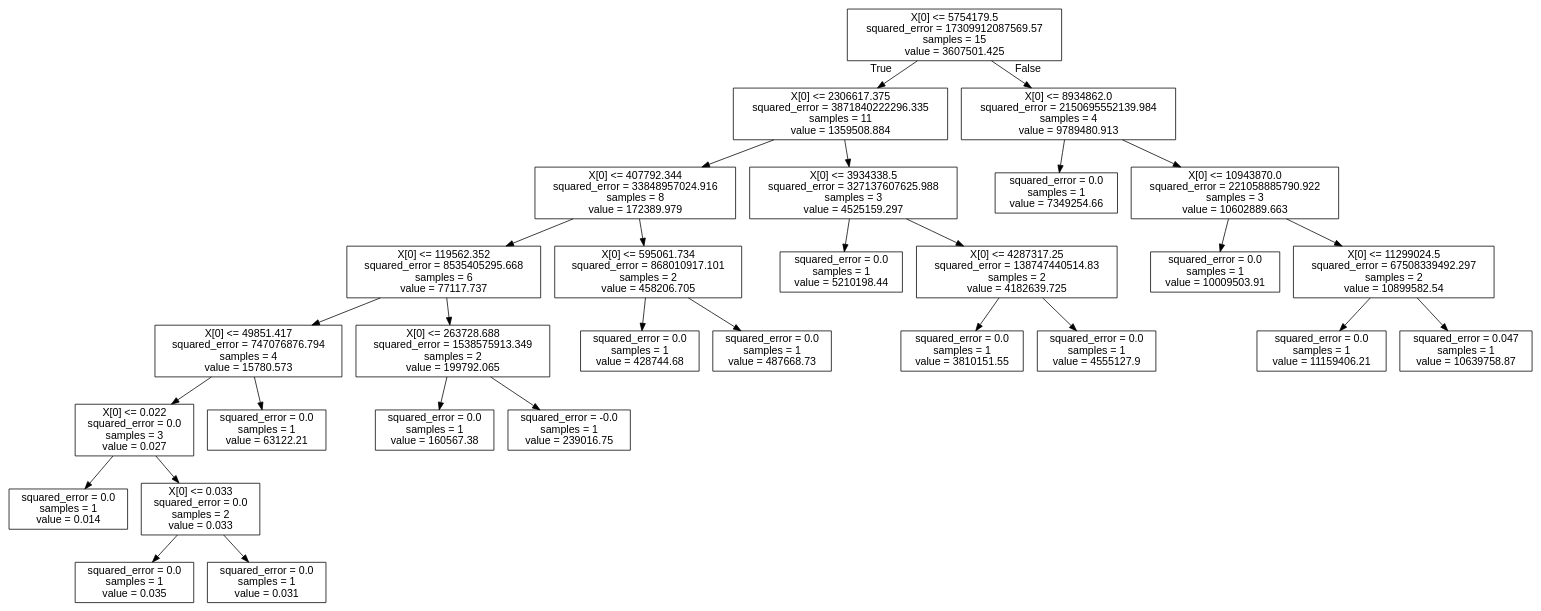
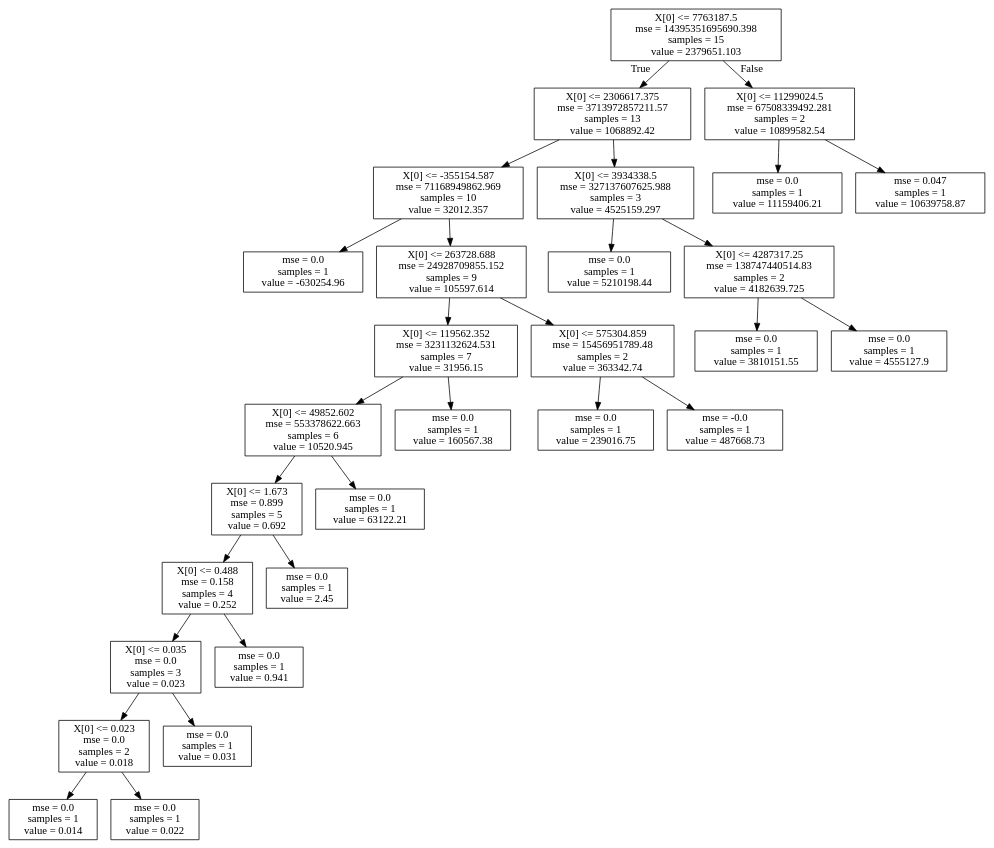
The diagram in dot_tree.dot (Dimitrios-Mourtzilas/Business-Strategy), drawn with Graphviz before and after one commit. The commit also changed 16 other files, not shown here.

```diff
--- a/dot_tree.dot
+++ b/dot_tree.dot
@@ -1,61 +1,60 @@
 digraph Tree {
-node [shape=box, fontname="helvetica"] ;
-edge [fontname="helvetica"] ;
-0 [label="X[0] <= 5754179.5\nsquared_error = 17309912087569.57\nsamples = 15\nvalue = 3607501.425"] ;
-1 [label="X[0] <= 2306617.375\nsquared_error = 3871840222296.335\nsamples = 11\nvalue = 1359508.884"] ;
+node [shape=box] ;
+0 [label="X[0] <= 7763187.5\nmse = 14395351695690.398\nsamples = 15\nvalue = 2379651.103"] ;
+1 [label="X[0] <= 2306617.375\nmse = 3713972857211.57\nsamples = 13\nvalue = 1068892.42"] ;
 0 -> 1 [labeldistance=2.5, labelangle=45, headlabel="True"] ;
-2 [label="X[0] <= 407792.344\nsquared_error = 33848957024.916\nsamples = 8\nvalue = 172389.979"] ;
+2 [label="X[0] <= -355154.587\nmse = 71168949862.969\nsamples = 10\nvalue = 32012.357"] ;
 1 -> 2 ;
-3 [label="X[0] <= 119562.352\nsquared_error = 8535405295.668\nsamples = 6\nvalue = 77117.737"] ;
+3 [label="mse = 0.0\nsamples = 1\nvalue = -630254.96"] ;
 2 -> 3 ;
-4 [label="X[0] <= 49851.417\nsquared_error = 747076876.794\nsamples = 4\nvalue = 15780.573"] ;
-3 -> 4 ;
-5 [label="X[0] <= 0.022\nsquared_error = 0.0\nsamples = 3\nvalue = 0.027"] ;
+4 [label="X[0] <= 263728.688\nmse = 24928709855.152\nsamples = 9\nvalue = 105597.614"] ;
+2 -> 4 ;
+5 [label="X[0] <= 119562.352\nmse = 3231132624.531\nsamples = 7\nvalue = 31956.15"] ;
 4 -> 5 ;
-6 [label="squared_error = 0.0\nsamples = 1\nvalue = 0.014"] ;
+6 [label="X[0] <= 49852.602\nmse = 553378622.663\nsamples = 6\nvalue = 10520.945"] ;
 5 -> 6 ;
-7 [label="X[0] <= 0.033\nsquared_error = 0.0\nsamples = 2\nvalue = 0.033"] ;
-5 -> 7 ;
-8 [label="squared_error = 0.0\nsamples = 1\nvalue = 0.035"] ;
+7 [label="X[0] <= 1.673\nmse = 0.899\nsamples = 5\nvalue = 0.692"] ;
+6 -> 7 ;
+8 [label="X[0] <= 0.488\nmse = 0.158\nsamples = 4\nvalue = 0.252"] ;
 7 -> 8 ;
-9 [label="squared_error = 0.0\nsamples = 1\nvalue = 0.031"] ;
-7 -> 9 ;
-10 [label="squared_error = 0.0\nsamples = 1\nvalue = 63122.21"] ;
-4 -> 10 ;
-11 [label="X[0] <= 263728.688\nsquared_error = 1538575913.349\nsamples = 2\nvalue = 199792.065"] ;
-3 -> 11 ;
-12 [label="squared_error = 0.0\nsamples = 1\nvalue = 160567.38"] ;
-11 -> 12 ;
-13 [label="squared_error = -0.0\nsamples = 1\nvalue = 239016.75"] ;
-11 -> 13 ;
-14 [label="X[0] <= 595061.734\nsquared_error = 868010917.101\nsamples = 2\nvalue = 458206.705"] ;
-2 -> 14 ;
-15 [label="squared_error = 0.0\nsamples = 1\nvalue = 428744.68"] ;
-14 -> 15 ;
-16 [label="squared_error = 0.0\nsamples = 1\nvalue = 487668.73"] ;
-14 -> 16 ;
-17 [label="X[0] <= 3934338.5\nsquared_error = 327137607625.988\nsamples = 3\nvalue = 4525159.297"] ;
-1 -> 17 ;
-18 [label="squared_error = 0.0\nsamples = 1\nvalue = 5210198.44"] ;
-17 -> 18 ;
-19 [label="X[0] <= 4287317.25\nsquared_error = 138747440514.83\nsamples = 2\nvalue = 4182639.725"] ;
-17 -> 19 ;
-20 [label="squared_error = 0.0\nsamples = 1\nvalue = 3810151.55"] ;
-19 -> 20 ;
-21 [label="squared_error = 0.0\nsamples = 1\nvalue = 4555127.9"] ;
-19 -> 21 ;
-22 [label="X[0] <= 8934862.0\nsquared_error = 2150695552139.984\nsamples = 4\nvalue = 9789480.913"] ;
-0 -> 22 [labeldistance=2.5, labelangle=-45, headlabel="False"] ;
-23 [label="squared_error = 0.0\nsamples = 1\nvalue = 7349254.66"] ;
-22 -> 23 ;
-24 [label="X[0] <= 10943870.0\nsquared_error = 221058885790.922\nsamples = 3\nvalue = 10602889.663"] ;
-22 -> 24 ;
-25 [label="squared_error = 0.0\nsamples = 1\nvalue = 10009503.91"] ;
-24 -> 25 ;
-26 [label="X[0] <= 11299024.5\nsquared_error = 67508339492.297\nsamples = 2\nvalue = 10899582.54"] ;
-24 -> 26 ;
-27 [label="squared_error = 0.0\nsamples = 1\nvalue = 11159406.21"] ;
+9 [label="X[0] <= 0.035\nmse = 0.0\nsamples = 3\nvalue = 0.023"] ;
+8 -> 9 ;
+10 [label="X[0] <= 0.023\nmse = 0.0\nsamples = 2\nvalue = 0.018"] ;
+9 -> 10 ;
+11 [label="mse = 0.0\nsamples = 1\nvalue = 0.014"] ;
+10 -> 11 ;
+12 [label="mse = 0.0\nsamples = 1\nvalue = 0.022"] ;
+10 -> 12 ;
+13 [label="mse = 0.0\nsamples = 1\nvalue = 0.031"] ;
+9 -> 13 ;
+14 [label="mse = 0.0\nsamples = 1\nvalue = 0.941"] ;
+8 -> 14 ;
+15 [label="mse = 0.0\nsamples = 1\nvalue = 2.45"] ;
+7 -> 15 ;
+16 [label="mse = 0.0\nsamples = 1\nvalue = 63122.21"] ;
+6 -> 16 ;
+17 [label="mse = 0.0\nsamples = 1\nvalue = 160567.38"] ;
+5 -> 17 ;
+18 [label="X[0] <= 575304.859\nmse = 15456951789.48\nsamples = 2\nvalue = 363342.74"] ;
+4 -> 18 ;
+19 [label="mse = 0.0\nsamples = 1\nvalue = 239016.75"] ;
+18 -> 19 ;
+20 [label="mse = -0.0\nsamples = 1\nvalue = 487668.73"] ;
+18 -> 20 ;
+21 [label="X[0] <= 3934338.5\nmse = 327137607625.988\nsamples = 3\nvalue = 4525159.297"] ;
+1 -> 21 ;
+22 [label="mse = 0.0\nsamples = 1\nvalue = 5210198.44"] ;
+21 -> 22 ;
+23 [label="X[0] <= 4287317.25\nmse = 138747440514.83\nsamples = 2\nvalue = 4182639.725"] ;
+21 -> 23 ;
+24 [label="mse = 0.0\nsamples = 1\nvalue = 3810151.55"] ;
+23 -> 24 ;
+25 [label="mse = 0.0\nsamples = 1\nvalue = 4555127.9"] ;
+23 -> 25 ;
+26 [label="X[0] <= 11299024.5\nmse = 67508339492.281\nsamples = 2\nvalue = 10899582.54"] ;
+0 -> 26 [labeldistance=2.5, labelangle=-45, headlabel="False"] ;
+27 [label="mse = 0.0\nsamples = 1\nvalue = 11159406.21"] ;
 26 -> 27 ;
-28 [label="squared_error = 0.047\nsamples = 1\nvalue = 10639758.87"] ;
+28 [label="mse = 0.047\nsamples = 1\nvalue = 10639758.87"] ;
 26 -> 28 ;
 }
```
